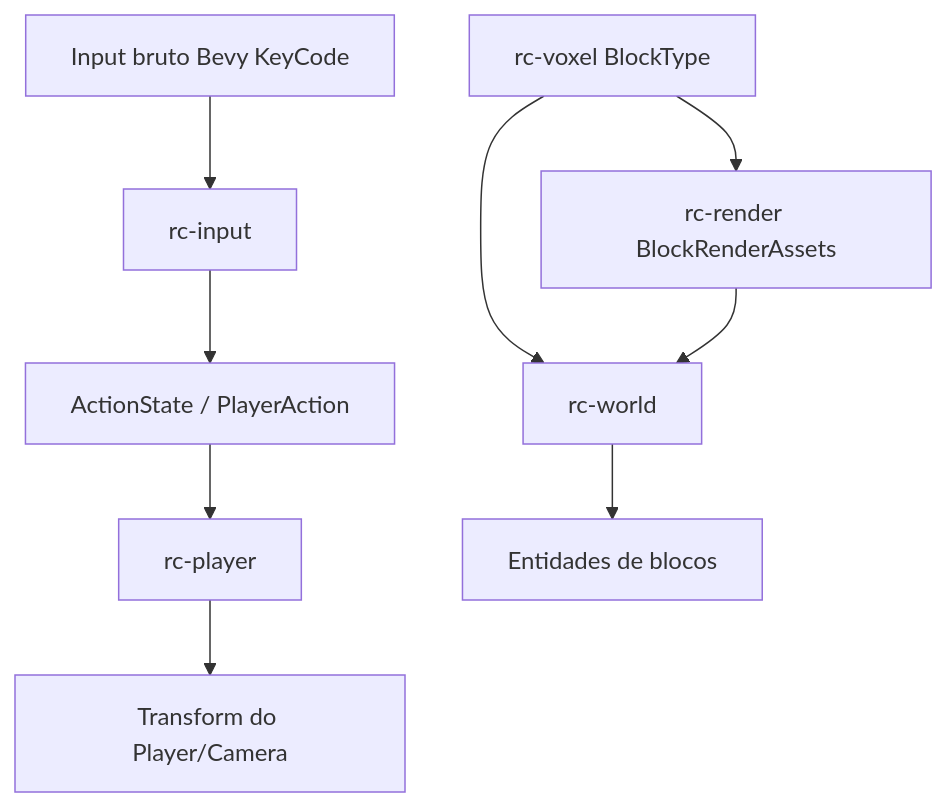
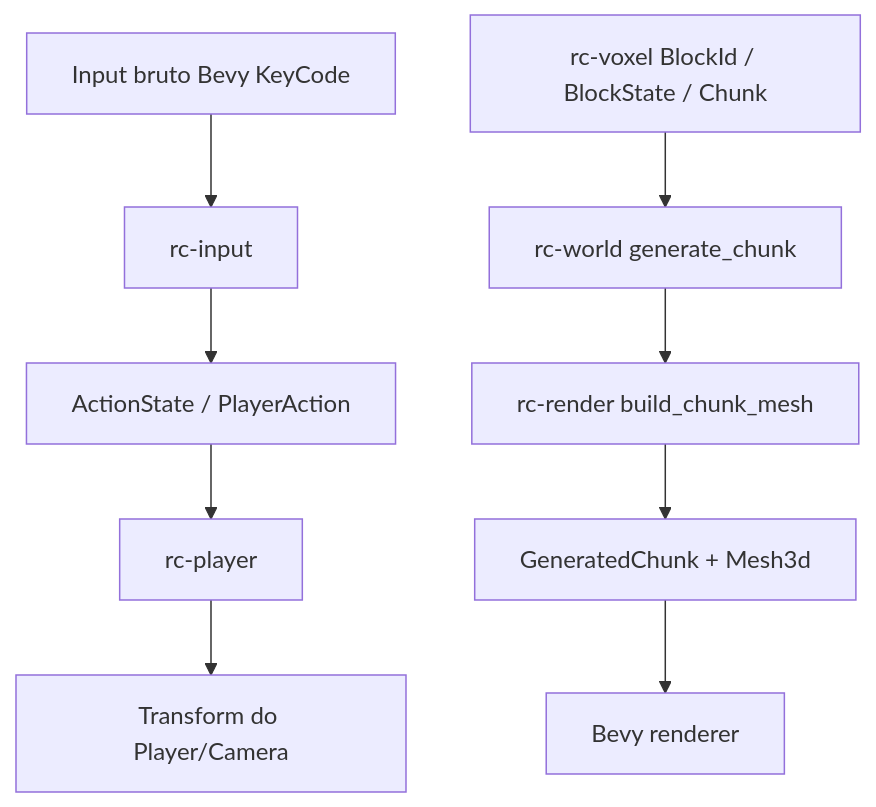
Before and after one commit to vinnicostaa/rustcraft: the diagram in ARCHITECTURE.md, drawn with Mermaid. The commit also changed other lines of this file and 6 other files, not shown here.

````diff
--- a/ARCHITECTURE.md
+++ b/ARCHITECTURE.md
@@ -22,12 +22,12 @@
 ```mermaid
 graph TD
     A[Input bruto Bevy KeyCode] --> B[rc-input]
     B --> C[ActionState / PlayerAction]
     C --> D[rc-player]
     D --> E[Transform do Player/Camera]
 
-    J[rc-voxel BlockType] --> I[rc-render BlockRenderAssets]
-    J --> H[rc-world]
-    I --> H
-    H --> K[Entidades de blocos]
+    J[rc-voxel BlockId / BlockState / Chunk] --> H[rc-world generate_chunk]
+    H --> I[rc-render build_chunk_mesh]
+    I --> K[GeneratedChunk + Mesh3d]
+    K --> L[Bevy renderer]
 ```
````
